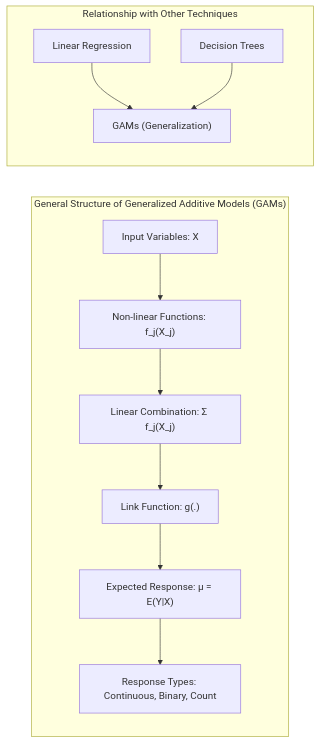
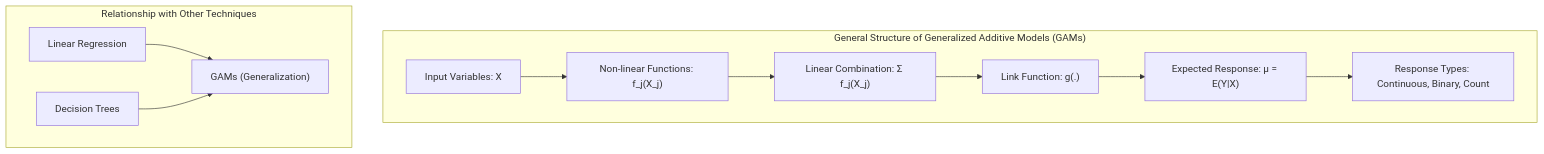
The first of 6 diagrams in 03. Additive Models/01. Generalized Additive Models/03. Generalized Linear Models.md (diegomrodrigues/statistical_learning_notes), drawn with Mermaid before and after one commit. The commit also changed 11 other files, not shown here.

````diff
--- a/03. Additive Models/01. Generalized Additive Models/03. Generalized Linear Models.md
+++ b/03. Additive Models/01. Generalized Additive Models/03. Generalized Linear Models.md
@@ -3,14 +3,14 @@
 ```mermaid
-graph LR
+graph TD
     subgraph "General Structure of Generalized Additive Models (GAMs)"
       A["Input Variables: X"] --> B["Non-linear Functions: f_j(X_j)"]
       B --> C["Linear Combination: Σ f_j(X_j)"]
       C --> D["Link Function: g(.)"]
       D --> E["Expected Response: μ = E(Y|X)"]
       E --> F["Response Types: Continuous, Binary, Count"]
     end
     subgraph "Relationship with Other Techniques"
         G["Linear Regression"] --> H["GAMs (Generalization)"]
         I["Decision Trees"] --> H
     end
 ```
````
